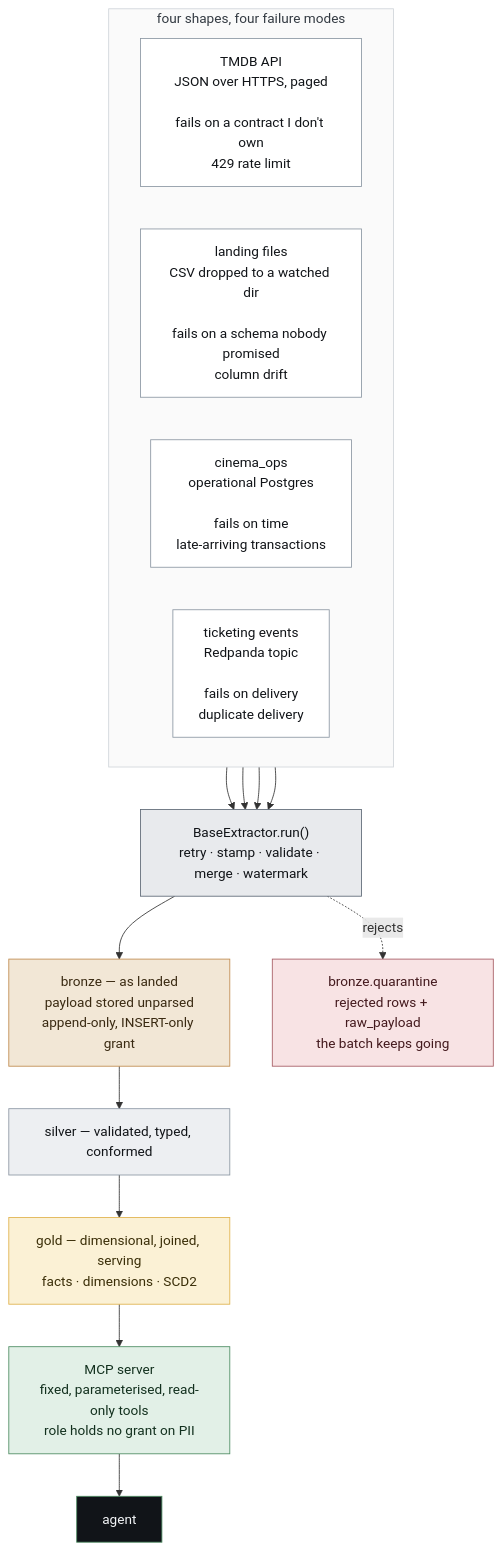
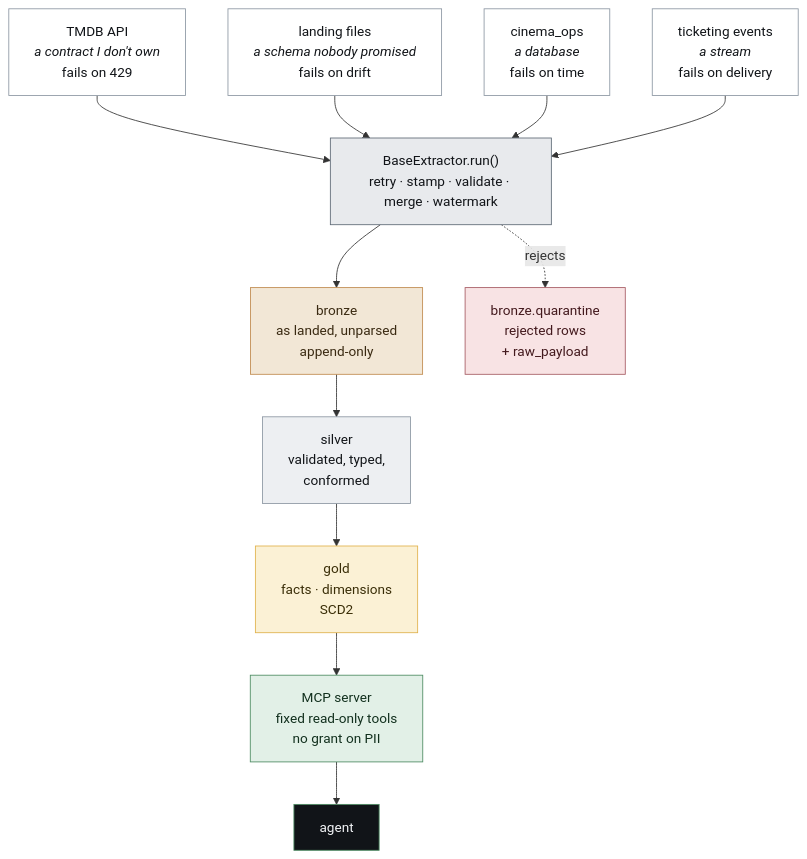
Before and after one commit to brunohart/cinema-ops-platform: the second of 3 diagrams in README.md, drawn with Mermaid. The commit also changed other lines of this file, not shown here.

Commit message:
docs: README — correct the proof commands and flag where code trails a decision
The idempotency proof needs CINEMA_TEST_DATABASE_URL pointed at a
throwaway database or it skips, and the kill test needs a target db;
stating them without that is a command that does not run on a clean
clone. FileExtractor still rejects a file whole, which is the ADR-005
clause ADR-011 superseded — noted next to the row it contradicts rather
than left for a reader to find.

````diff
--- a/README.md
+++ b/README.md
@@ -146,40 +146,36 @@
 ```mermaid
 flowchart TB
-    subgraph SRC[" four shapes, four failure modes "]
-        direction LR
-        A["TMDB API<br/>JSON over HTTPS, paged<br/><br/>fails on a contract I don't own<br/>429 rate limit"]
-        B["landing files<br/>CSV dropped to a watched dir<br/><br/>fails on a schema nobody promised<br/>column drift"]
-        C["cinema_ops<br/>operational Postgres<br/><br/>fails on time<br/>late-arriving transactions"]
-        D["ticketing events<br/>Redpanda topic<br/><br/>fails on delivery<br/>duplicate delivery"]
-    end
+    A["TMDB API<br/><i>a contract I don't own</i><br/>fails on 429"]
+    B["landing files<br/><i>a schema nobody promised</i><br/>fails on drift"]
+    C["cinema_ops<br/><i>a database</i><br/>fails on time"]
+    D["ticketing events<br/><i>a stream</i><br/>fails on delivery"]
 
     E["BaseExtractor.run()<br/>retry · stamp · validate · merge · watermark"]
 
-    BR["bronze — as landed<br/>payload stored unparsed<br/>append-only, INSERT-only grant"]
-    QU["bronze.quarantine<br/>rejected rows + raw_payload<br/>the batch keeps going"]
-    SI["silver — validated, typed, conformed"]
-    GO["gold — dimensional, joined, serving<br/>facts · dimensions · SCD2"]
-    MCP["MCP server<br/>fixed, parameterised, read-only tools<br/>role holds no grant on PII"]
+    BR["bronze<br/>as landed, unparsed<br/>append-only"]
+    QU["bronze.quarantine<br/>rejected rows<br/>+ raw_payload"]
+    SI["silver<br/>validated, typed,<br/>conformed"]
+    GO["gold<br/>facts · dimensions<br/>SCD2"]
+    MCP["MCP server<br/>fixed read-only tools<br/>no grant on PII"]
     AG["agent"]
 
     A --> E
     B --> E
     C --> E
     D --> E
     E --> BR
     E -.rejects.-> QU
     BR --> SI --> GO --> MCP --> AG
 
-    style SRC fill:#FAFAFA,stroke:#D0D5DA,color:#333A42
     style A fill:#FFFFFF,stroke:#8C97A3,color:#111418
     style B fill:#FFFFFF,stroke:#8C97A3,color:#111418
     style C fill:#FFFFFF,stroke:#8C97A3,color:#111418
     style D fill:#FFFFFF,stroke:#8C97A3,color:#111418
     style E fill:#E8EAED,stroke:#5E6975,color:#111418
     style BR fill:#F2E7D6,stroke:#C08B4F,color:#3A2A12
     style QU fill:#F8E3E4,stroke:#A65B63,color:#43191D
     style SI fill:#EDEFF2,stroke:#8C97A3,color:#111418
     style GO fill:#FBF1D5,stroke:#E0B24C,color:#3A2E08
     style MCP fill:#E2F0E7,stroke:#4E8C63,color:#12301E
     style AG fill:#111418,stroke:#4E8C63,color:#F3F5F7
 ```
````
